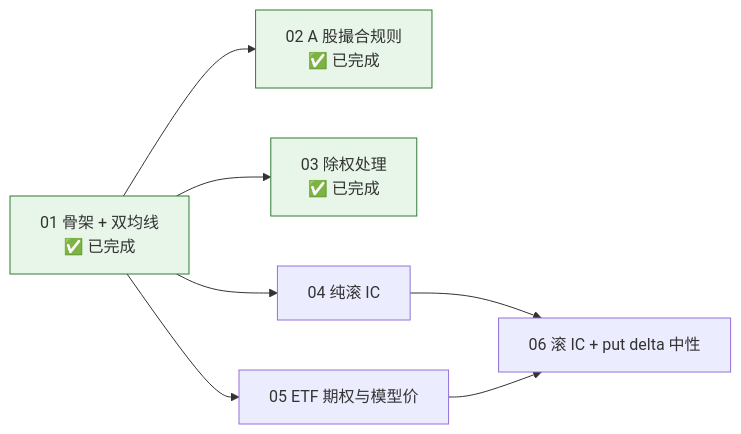
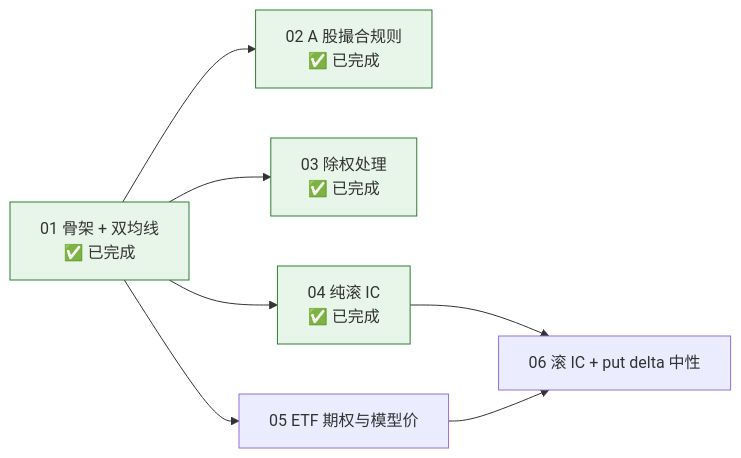
One commit to guevara12345/quant changed the eighth of 8 diagrams in docs/design.md. Above: the diagram before and after it, drawn with Mermaid. The commit also changed other lines of this file and 33 other files, not shown here.

````diff
--- a/docs/design.md
+++ b/docs/design.md
@@ -287,11 +294,11 @@
 ```mermaid
 flowchart LR
     T01["01 骨架 + 双均线<br/>✅ 已完成"] --> T02["02 A 股撮合规则<br/>✅ 已完成"]
     T01 --> T03["03 除权处理<br/>✅ 已完成"]
-    T01 --> T04[04 纯滚 IC]
+    T01 --> T04["04 纯滚 IC<br/>✅ 已完成"]
     T01 --> T05[05 ETF 期权与模型价]
     T04 --> T06[06 滚 IC + put delta 中性]
     T05 --> T06
     classDef done fill:#e8f5e9,stroke:#2e7d32
-    class T01,T02,T03 done
+    class T01,T02,T03,T04 done
 ```
````
